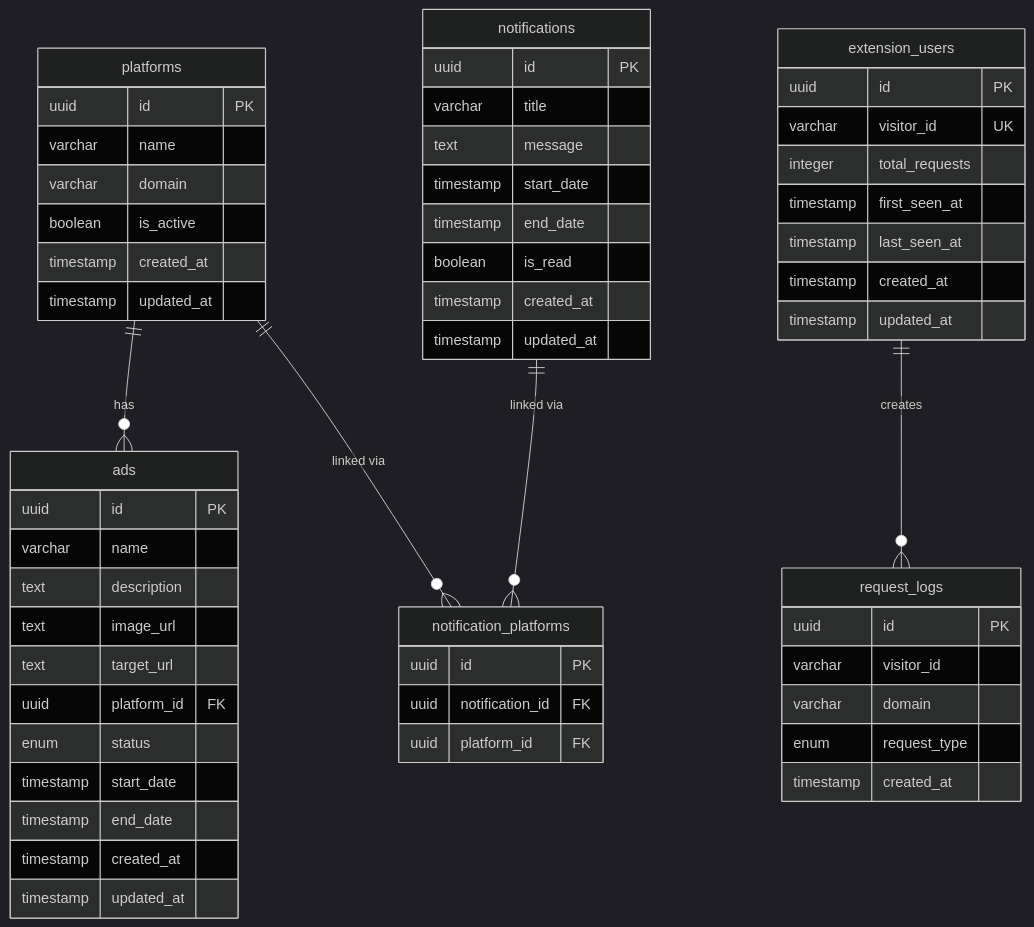
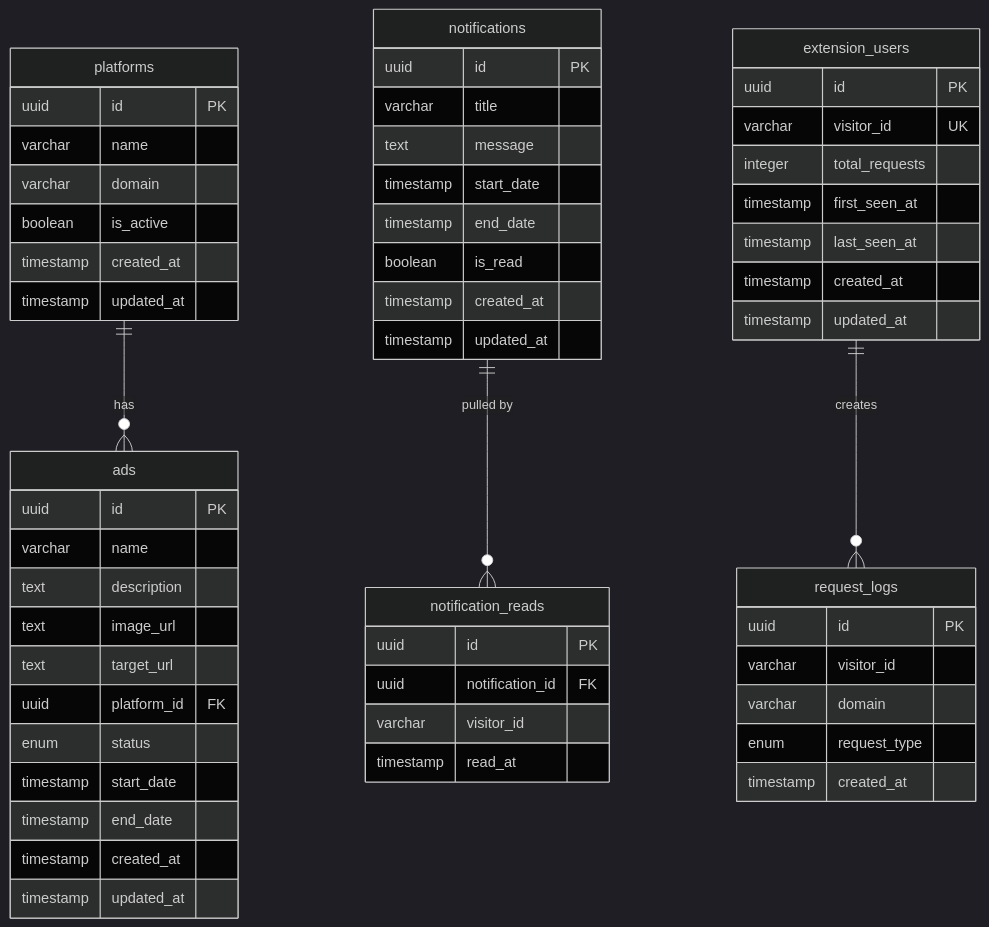
Before and after one commit to rishi23root/ads_platform: the diagram in docs/DATABASE.md, drawn with Mermaid (dark theme). The commit also changed other lines of this file and 33 other files, not shown here.

````diff
--- a/docs/DATABASE.md
+++ b/docs/DATABASE.md
@@ -9,65 +9,65 @@
 ```mermaid
 erDiagram
     platforms ||--o{ ads : "has"
-    platforms ||--o{ notification_platforms : "linked via"
-    notifications ||--o{ notification_platforms : "linked via"
+    notifications ||--o{ notification_reads : "pulled by"
     extension_users ||--o{ request_logs : "creates"
     
     platforms {
         uuid id PK
         varchar name
         varchar domain
         boolean is_active
         timestamp created_at
         timestamp updated_at
     }
     
     ads {
         uuid id PK
         varchar name
         text description
         text image_url
         text target_url
         uuid platform_id FK
         enum status
         timestamp start_date
         timestamp end_date
         timestamp created_at
         timestamp updated_at
     }
     
     notifications {
         uuid id PK
         varchar title
         text message
         timestamp start_date
         timestamp end_date
         boolean is_read
         timestamp created_at
         timestamp updated_at
     }
     
-    notification_platforms {
+    notification_reads {
         uuid id PK
         uuid notification_id FK
-        uuid platform_id FK
+        varchar visitor_id
+        timestamp read_at
     }
     
     extension_users {
         uuid id PK
         varchar visitor_id UK
         integer total_requests
         timestamp first_seen_at
         timestamp last_seen_at
         timestamp created_at
         timestamp updated_at
     }
     
     request_logs {
         uuid id PK
         varchar visitor_id
         varchar domain
         enum request_type
         timestamp created_at
     }
 ```
````
